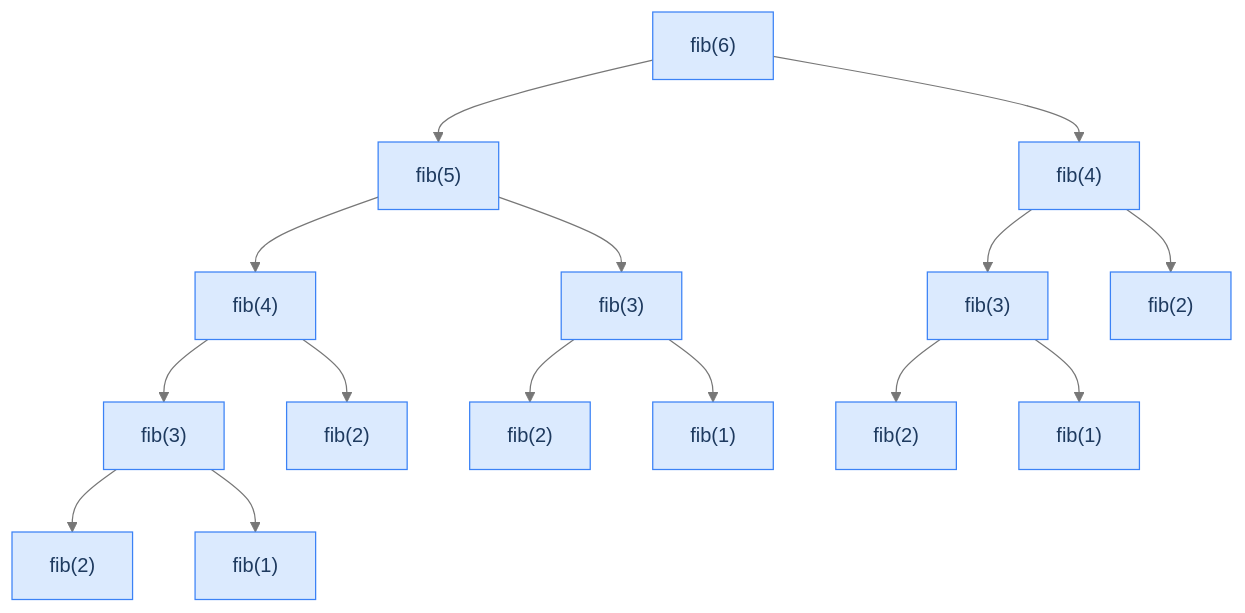
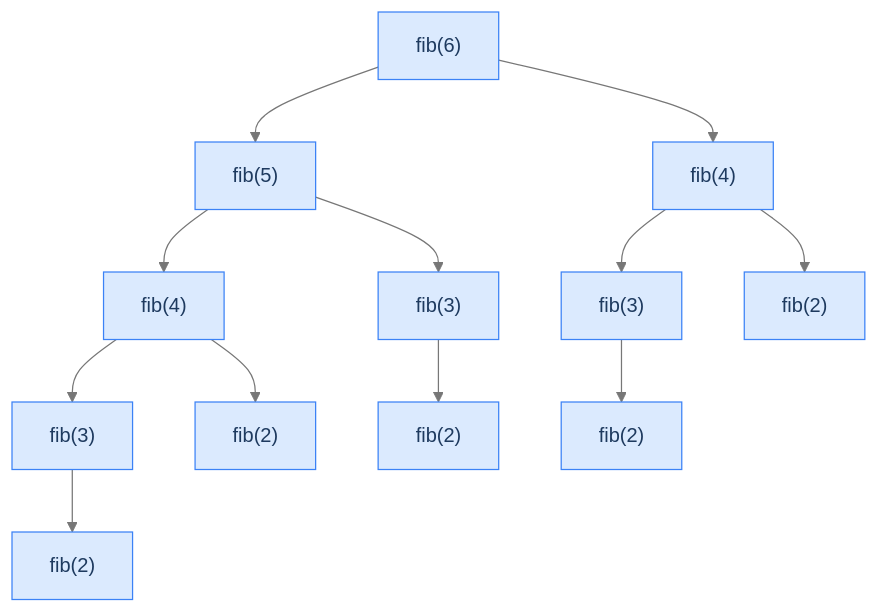
Before and after one commit to ani2fun/codefolio: the first of 2 diagrams in content/cortex/data-structures-and-algorithms/05-algorithms-by-strategy/05-dynamic-programming/01-linear-dp.md, drawn with Mermaid. The commit also changed other lines of this file and 1049 other files, not shown here.

````diff
--- a/content/cortex/data-structures-and-algorithms/05-algorithms-by-strategy/05-dynamic-programming/01-linear-dp.md
+++ b/content/cortex/data-structures-and-algorithms/05-algorithms-by-strategy/05-dynamic-programming/01-linear-dp.md
@@ -39,28 +15,25 @@
 ```mermaid
 ---
 config:
   theme: base
   themeVariables:
     primaryColor: "#dbeafe"
     primaryBorderColor: "#3b82f6"
     primaryTextColor: "#1e3a5f"
     lineColor: "#777777"
     secondaryColor: "#ede9fe"
     tertiaryColor: "#fef9c3"
 ---
 flowchart TB
   F6["fib(6)"] --> F5a["fib(5)"]
   F6 --> F4a["fib(4)"]
   F5a --> F4b["fib(4)"]
   F5a --> F3a["fib(3)"]
   F4a --> F3b["fib(3)"]
   F4a --> F2a["fib(2)"]
   F4b --> F3c["fib(3)"]
   F4b --> F2b["fib(2)"]
   F3a --> F2c["fib(2)"]
-  F3a --> F1a["fib(1)"]
   F3b --> F2d["fib(2)"]
-  F3b --> F1b["fib(1)"]
   F3c --> F2e["fib(2)"]
-  F3c --> F1c["fib(1)"]
 ```
````
